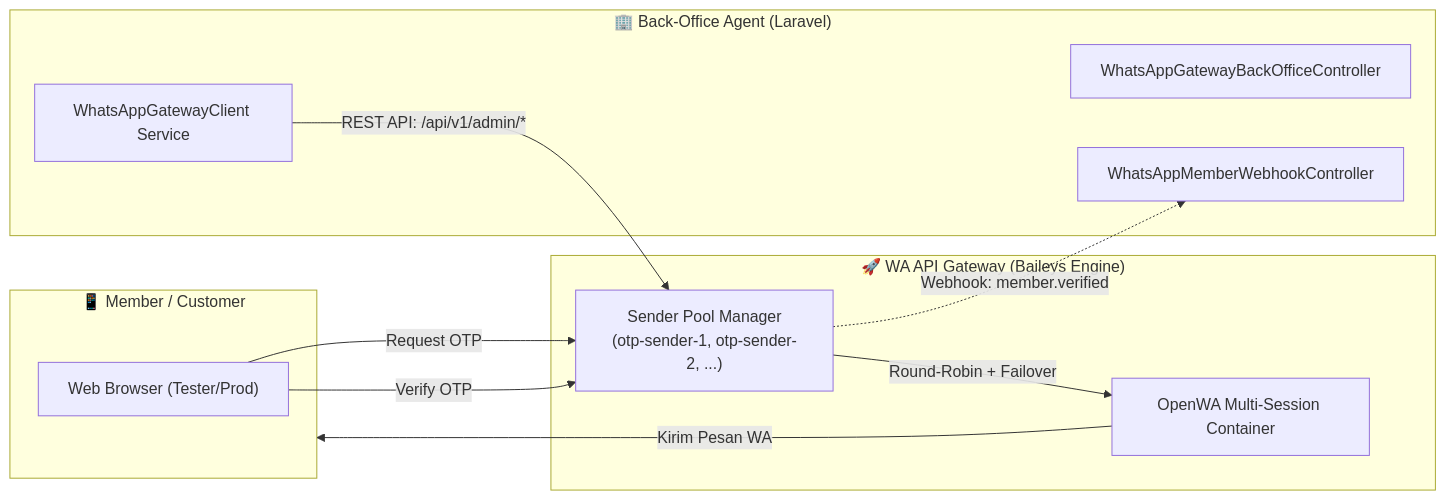
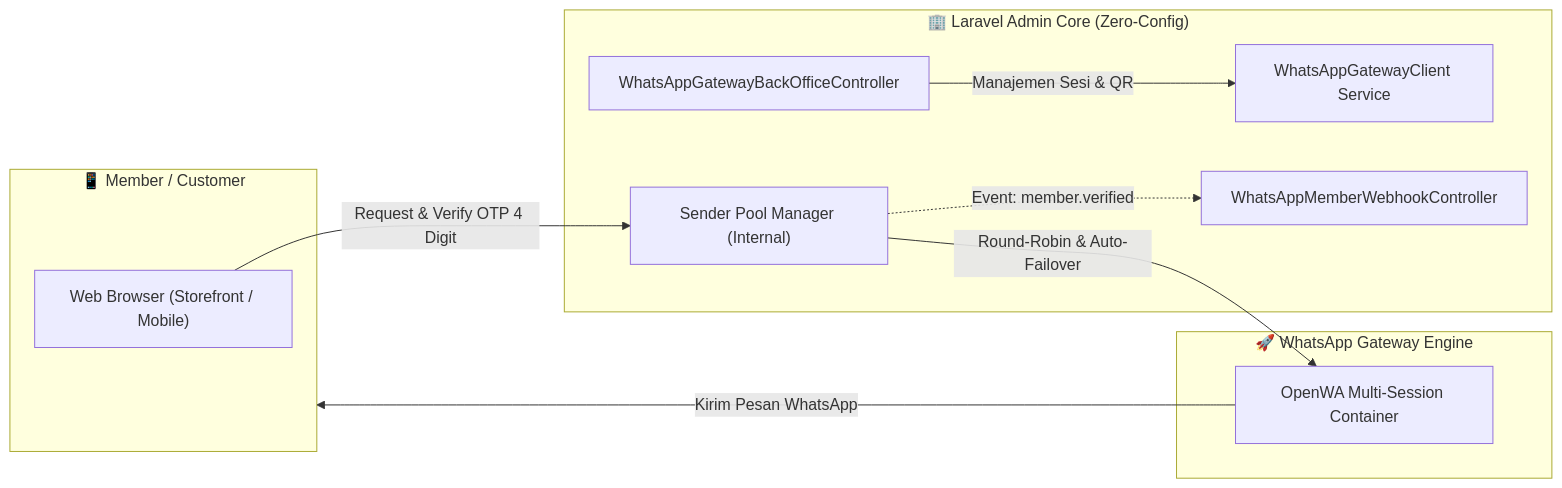
Before and after one commit to billi-panca-wijaya/wa-gateway: the diagram in reference-laravel-client/README.md, drawn with Mermaid. The commit also changed other lines of this file and 1 other file, not shown here.

Commit message:
docs: remove .env configuration and emphasize zero-config native laravel admin integration

````diff
--- a/reference-laravel-client/README.md
+++ b/reference-laravel-client/README.md
@@ -14,24 +12,23 @@
 ```mermaid
 flowchart LR
     subgraph Member ["📱 Member / Customer"]
-        Browser["Web Browser (Tester/Prod)"]
+        Browser["Web Browser (Storefront / Mobile)"]
     end
 
-    subgraph Gateway ["🚀 WA API Gateway (Baileys Engine)"]
-        Pool["Sender Pool Manager\n(otp-sender-1, otp-sender-2, ...)"]
+    subgraph BackOffice ["🏢 Laravel Admin Core (Zero-Config)"]
+        BOController["WhatsAppGatewayBackOfficeController"]
+        ClientService["WhatsAppGatewayClient Service"]
+        WebhookHandler["WhatsAppMemberWebhookController"]
+        Pool["Sender Pool Manager (Internal)"]
+    end
+
+    subgraph Gateway ["🚀 WhatsApp Gateway Engine"]
         OpenWA["OpenWA Multi-Session Container"]
     end
 
-    subgraph BackOffice ["🏢 Back-Office Agent (Laravel)"]
-        BOController["WhatsAppGatewayBackOfficeController"]
-        ClientService["WhatsAppGatewayClient Service"]
-        WebhookHandler["WhatsAppMemberWebhookController"]
-    end
-
-    Browser -->|Request OTP| Pool
-    Pool -->|Round-Robin + Failover| OpenWA
-    OpenWA -->|Kirim Pesan WA| Member
-    Browser -->|Verify OTP| Pool
-    Pool -.->|Webhook: member.verified| WebhookHandler
-    ClientService -->|REST API: /api/v1/admin/*| Pool
+    Browser -->|Request & Verify OTP 4 Digit| Pool
+    Pool -->|Round-Robin & Auto-Failover| OpenWA
+    OpenWA -->|Kirim Pesan WhatsApp| Member
+    Pool -.->|Event: member.verified| WebhookHandler
+    BOController -->|Manajemen Sesi & QR| ClientService
 ```
````
